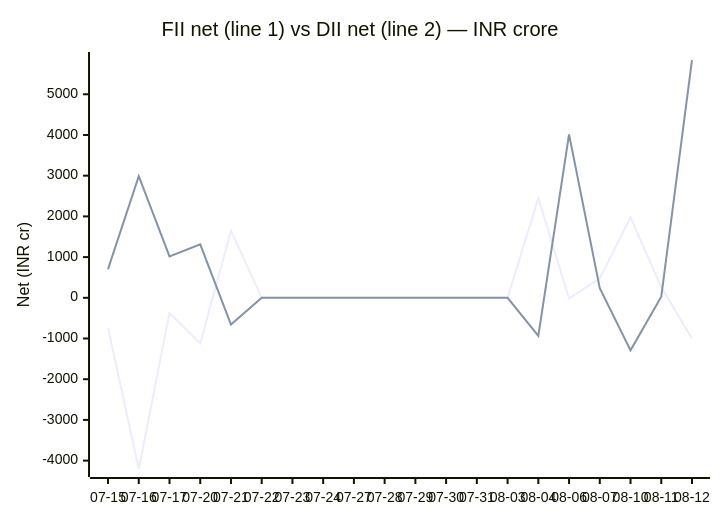
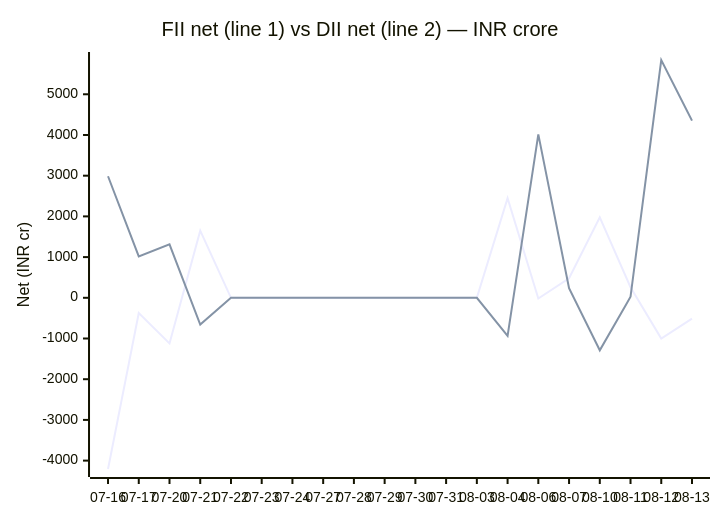
One commit to chirag127/fii-dii-activity-api changed the second of 2 diagrams in README.md. Above: the diagram before and after it, drawn with Mermaid. The commit also changed other lines of this file and 2 other files, not shown here.

Commit message:
data: scrape 2026-08-14

````diff
--- a/README.md
+++ b/README.md
@@ -53,8 +53,8 @@
 ```mermaid
 xychart-beta
     title "FII net (line 1) vs DII net (line 2) — INR crore"
-    x-axis ["07-15", "07-16", "07-17", "07-20", "07-21", "07-22", "07-23", "07-24", "07-27", "07-28", "07-29", "07-30", "07-31", "08-03", "08-04", "08-06", "08-07", "08-10", "08-11", "08-12"]
+    x-axis ["07-16", "07-17", "07-20", "07-21", "07-22", "07-23", "07-24", "07-27", "07-28", "07-29", "07-30", "07-31", "08-03", "08-04", "08-06", "08-07", "08-10", "08-11", "08-12", "08-13"]
     y-axis "Net (INR cr)" -4206 --> 5842
-    line [-735.83, -4205.56, -376.41, -1121.04, 1650.16, 0, 0, 0, 0, 0, 0, 0, 0, 0, 2446.47, -17.86, 480.24, 1974.76, 258.55, -1002.5]
-    line [704.93, 2986.41, 1017.89, 1312.03, -656.88, 0, 0, 0, 0, 0, 0, 0, 0, 0, -936.14, 4013.6, 235.56, -1290.29, 24.77, 5841.66]
+    line [-4205.56, -376.41, -1121.04, 1650.16, 0, 0, 0, 0, 0, 0, 0, 0, 0, 2446.47, -17.86, 480.24, 1974.76, 258.55, -1002.5, -510.69]
+    line [2986.41, 1017.89, 1312.03, -656.88, 0, 0, 0, 0, 0, 0, 0, 0, 0, -936.14, 4013.6, 235.56, -1290.29, 24.77, 5841.66, 4353.09]
 ```
````
